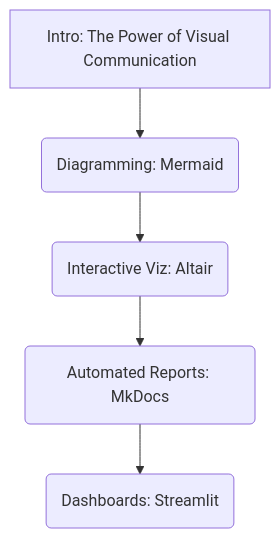
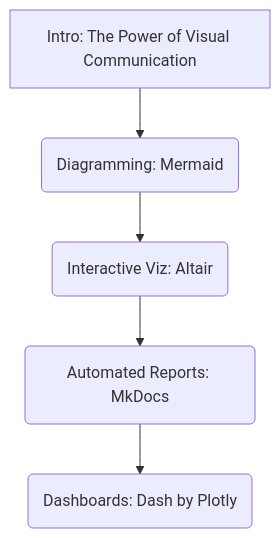
Before and after one commit to oscar-peng/datasci_223: the first of 4 diagrams in lectures/09/lecture_09.md, drawn with Mermaid. The commit also changed other lines of this file and 2 other files, not shown here.

````diff
--- a/lectures/09/lecture_09.md
+++ b/lectures/09/lecture_09.md
@@ -35,7 +35,7 @@
 ```mermaid
 graph TD
     A[Intro: The Power of Visual Communication] --> B(Diagramming: Mermaid);
     B --> C(Interactive Viz: Altair);
     C --> D(Automated Reports: MkDocs);
-    D --> E(Dashboards: Streamlit);
+    D --> E(Dashboards: Dash by Plotly);
 ```
````
